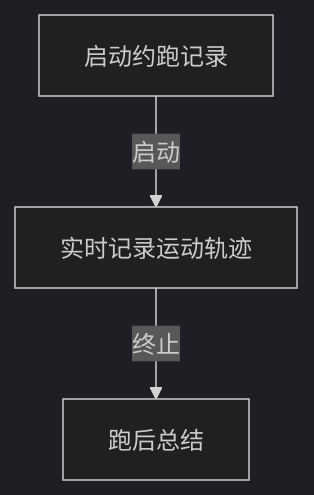
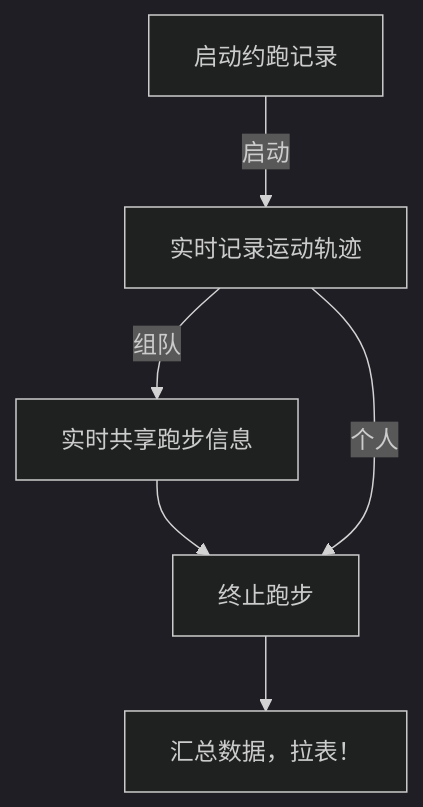
One commit to dkj121/runner changed the second of 4 diagrams in docs/核心流程.md. Above: the diagram before and after it, drawn with Mermaid. The commit also changed other lines of this file and 3 other files, not shown here.

````diff
--- a/docs/核心流程.md
+++ b/docs/核心流程.md
@@ -36,9 +59,17 @@
 ```mermaid
+
 %%{init: {'theme': 'dark'}}%%
 graph TD
 A[启动约跑记录]
 B[实时记录运动轨迹]
-C[跑后总结]
+C[实时共享跑步信息]
+D[终止跑步]
+Z[汇总数据，拉表！]
 
-A-->|启动|B-->|终止|C
+A-->|启动|B
+B-->|组队|C-->D
+B-->|个人|D
+
+D-->Z
+
 ```
````
